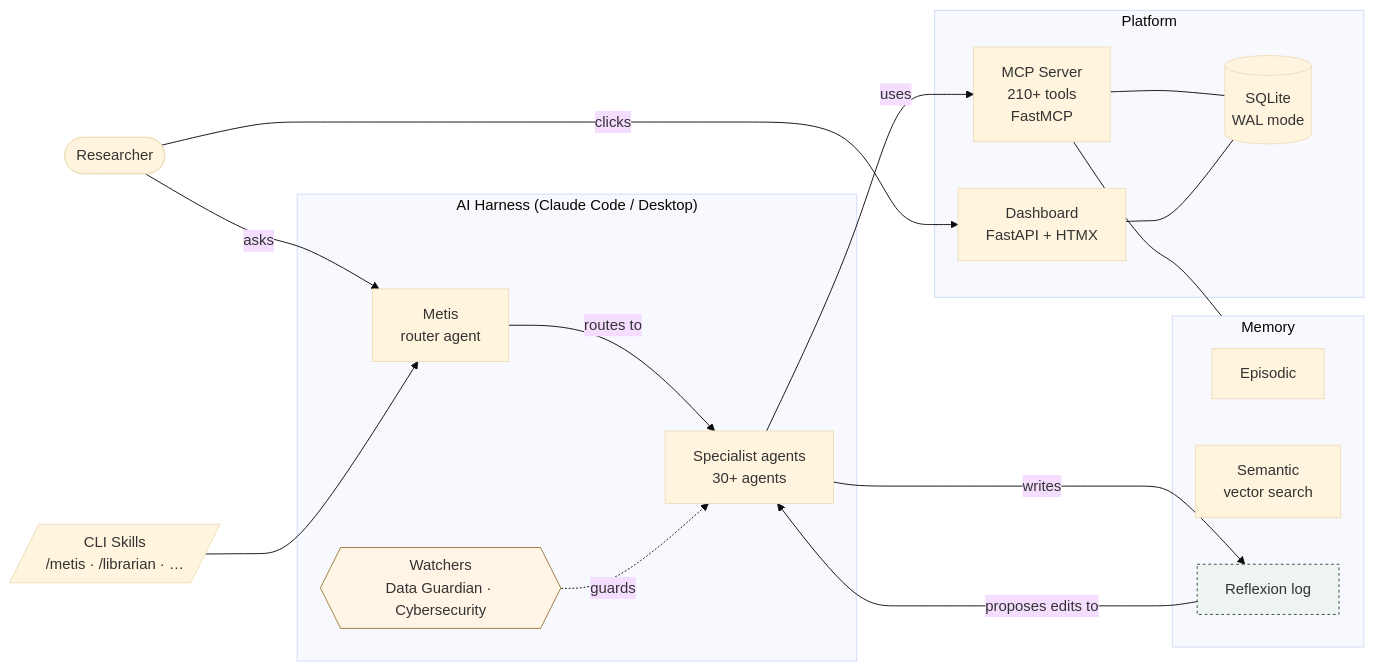
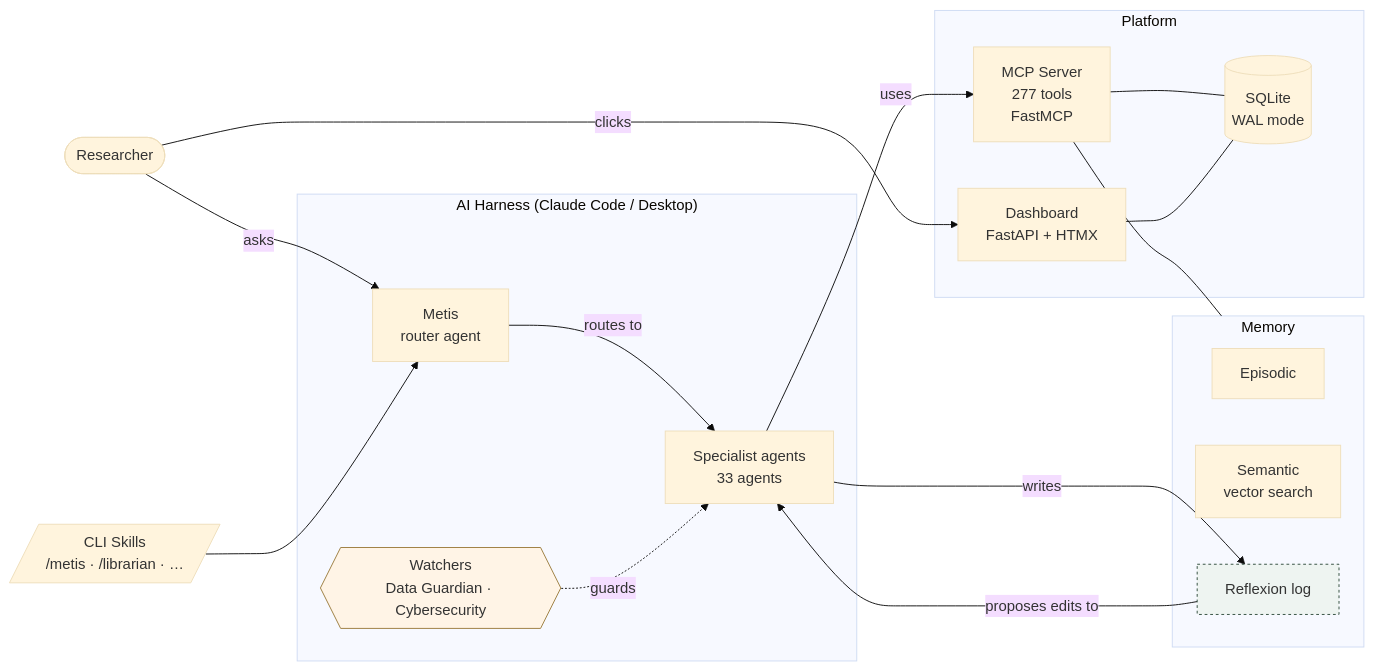
Before and after one commit to SVerITG/Metis: the diagram in README.md, drawn with Mermaid (base theme). The commit also changed other lines of this file and 1 other file, not shown here.

````diff
--- a/README.md
+++ b/README.md
@@ -536,35 +536,35 @@
 ```mermaid
 flowchart LR
     U([Researcher])
     subgraph Harness["AI Harness (Claude Code / Desktop)"]
         METIS[Metis\nrouter agent]
-        AGENTS[Specialist agents\n30+ agents]
+        AGENTS[Specialist agents\n33 agents]
         WATCHERS{{Watchers\nData Guardian · Cybersecurity}}
     end
     subgraph Platform
-        MCP[MCP Server\n210+ tools\nFastMCP]
+        MCP[MCP Server\n277 tools\nFastMCP]
         DASH[Dashboard\nFastAPI + HTMX]
         DB[(SQLite\nWAL mode)]
     end
     subgraph Memory
         EPIS[Episodic]
         SEM[Semantic\nvector search]
         REFLEX[Reflexion log]
     end
     Skills[/CLI Skills\n/metis · /librarian · …/]
 
     U -->|asks| METIS
     U -->|clicks| DASH
     METIS -->|routes to| AGENTS
     AGENTS -->|uses| MCP
     MCP --- DB
     DASH --- DB
     WATCHERS -.guards.-> AGENTS
     AGENTS -->|writes| REFLEX
     REFLEX -->|proposes edits to| AGENTS
     MCP --- Memory
     Skills --> METIS
 
     style WATCHERS fill:#fff4e6,stroke:#9a7b3c
     style REFLEX fill:#eef4f1,stroke:#2d4a3a,stroke-dasharray:3 3
 ```
````
